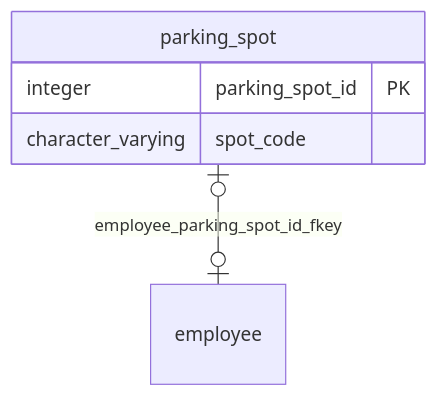
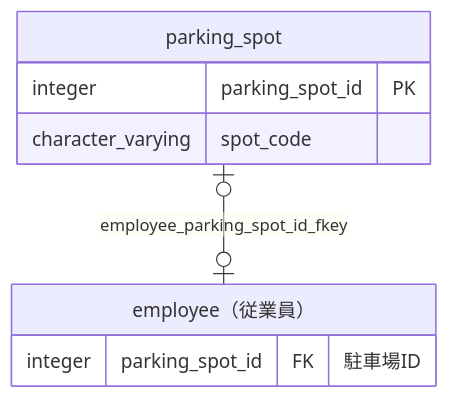
Before and after one commit to ebichan88/exportTableDefinition: the diagram in docs/sample/postgres/output/testdb/sample/table/parking_spot.md, drawn with Mermaid. The commit also changed other lines of this file and 66 other files, not shown here.

First line of the commit message:
Show logical table names and relation columns in ER diagram boxes

````diff
--- a/docs/sample/postgres/output/testdb/sample/table/parking_spot.md
+++ b/docs/sample/postgres/output/testdb/sample/table/parking_spot.md
@@ -56,10 +56,13 @@
 ```mermaid
 erDiagram
     sample_parking_spot["parking_spot"]
-    sample_employee["employee"]
+    sample_employee["employee（従業員）"]
     sample_parking_spot |o--o| sample_employee : "employee_parking_spot_id_fkey"
     sample_parking_spot {
         integer parking_spot_id PK
         character_varying spot_code
     }
+    sample_employee {
+        integer parking_spot_id FK "駐車場ID"
+    }
 ```
````
